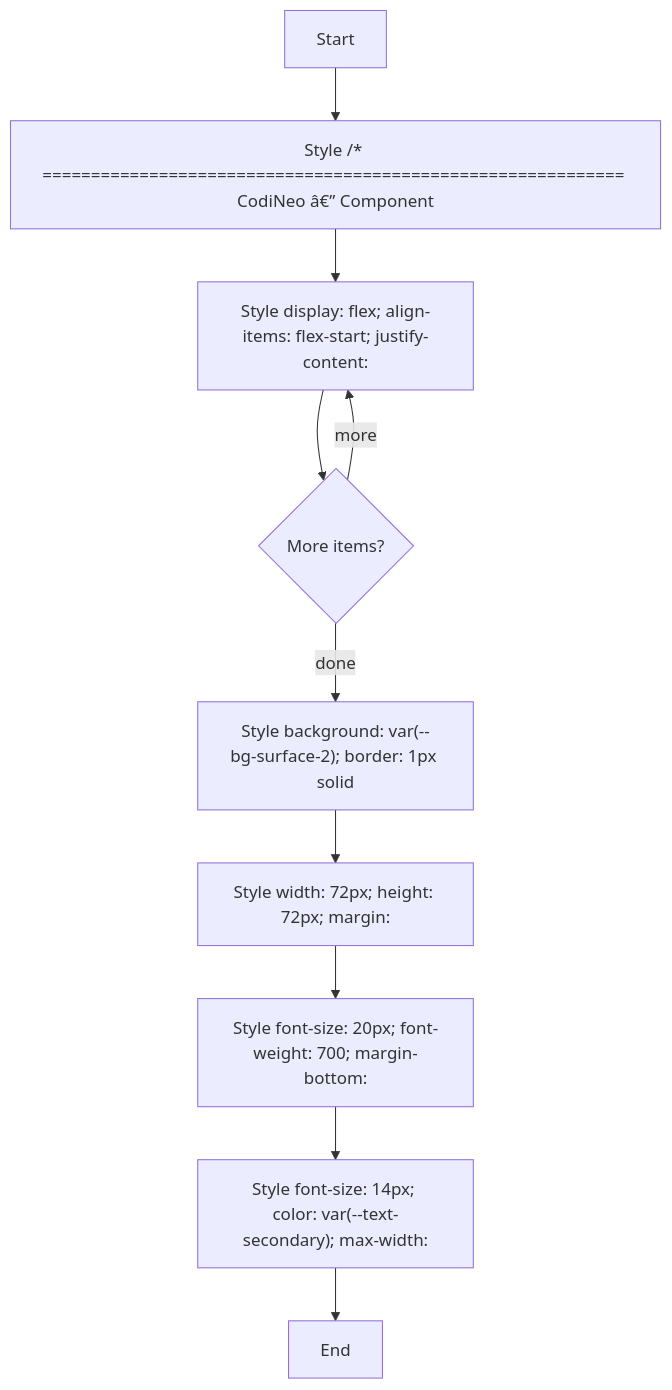
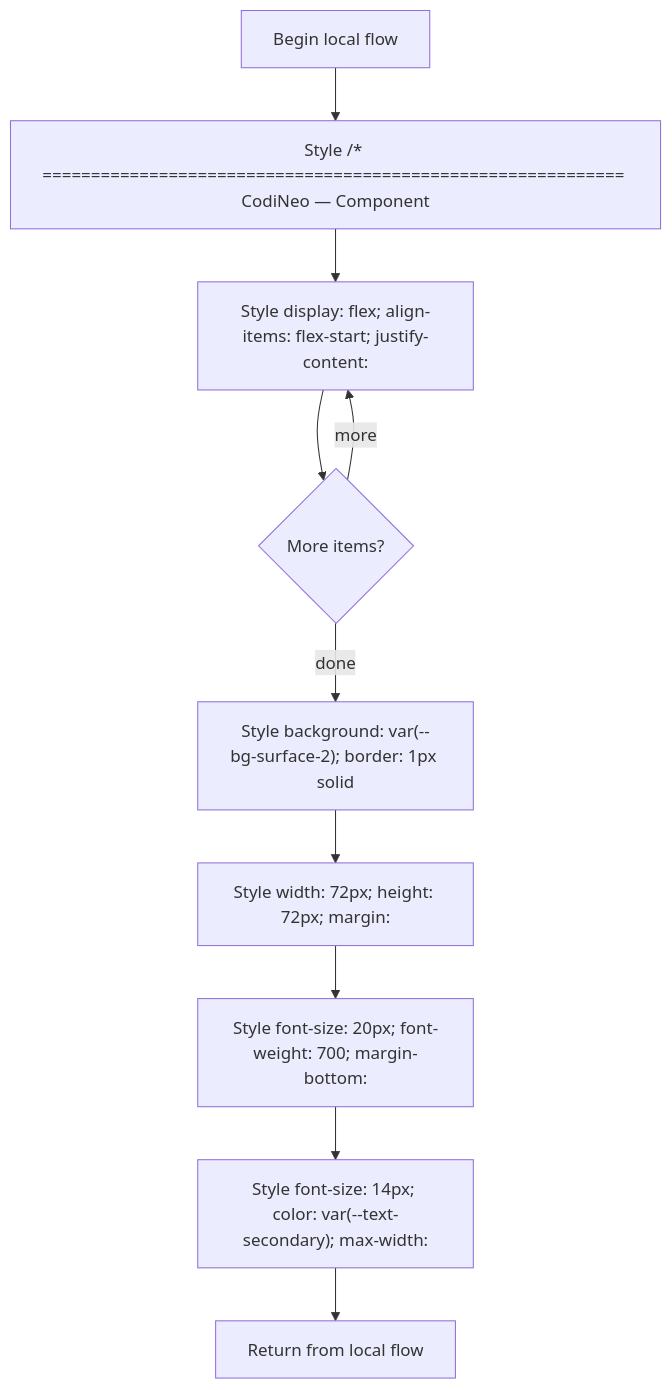
Before and after one commit to JohnAndrewBalbarosa/NeoTerritory: the diagram in docs/Codebase/Frontend/styles/components.css.md, drawn with Mermaid. The commit also changed other lines of this file and 925 other files, not shown here.

````diff
--- a/docs/Codebase/Frontend/styles/components.css.md
+++ b/docs/Codebase/Frontend/styles/components.css.md
@@ -51,21 +50,21 @@
 ```mermaid
 flowchart TD
-    Start["Start"]
-    N0["Style /* ============================================================ CodiNeo â€” Component"]
+    Start["Begin local flow"]
+    N0["Style /* ============================================================ CodiNeo — Component"]
     N1["Style display: flex; align-items: flex-start; justify-content:"]
     L1{"More items?"}
     N2["Style background: var(--bg-surface-2); border: 1px solid"]
     N3["Style width: 72px; height: 72px; margin:"]
     N4["Style font-size: 20px; font-weight: 700; margin-bottom:"]
     N5["Style font-size: 14px; color: var(--text-secondary); max-width:"]
-    End["End"]
+    End["Return from local flow"]
     Start --> N0
     N0 --> N1
     N1 --> L1
     L1 -->|more| N1
     L1 -->|done| N2
     N2 --> N3
     N3 --> N4
     N4 --> N5
     N5 --> End
 ```
````
